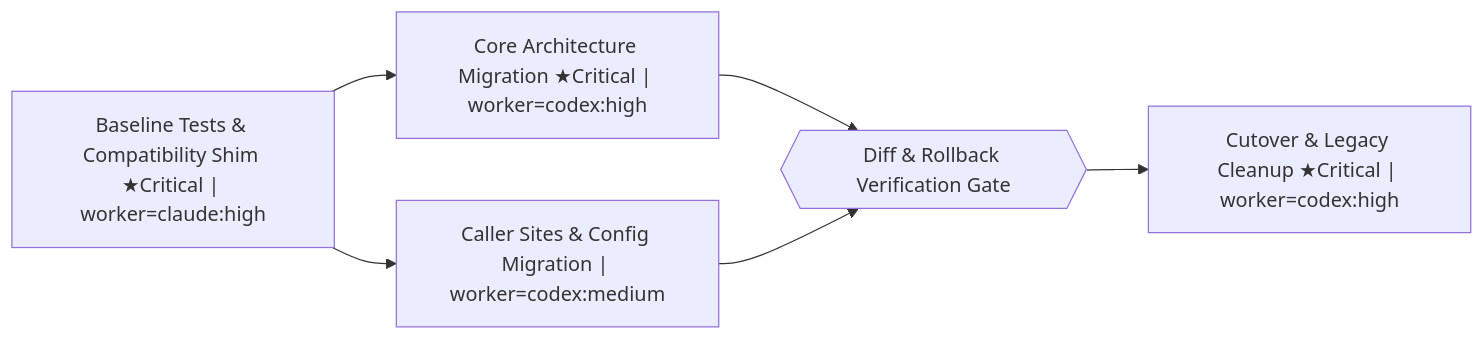
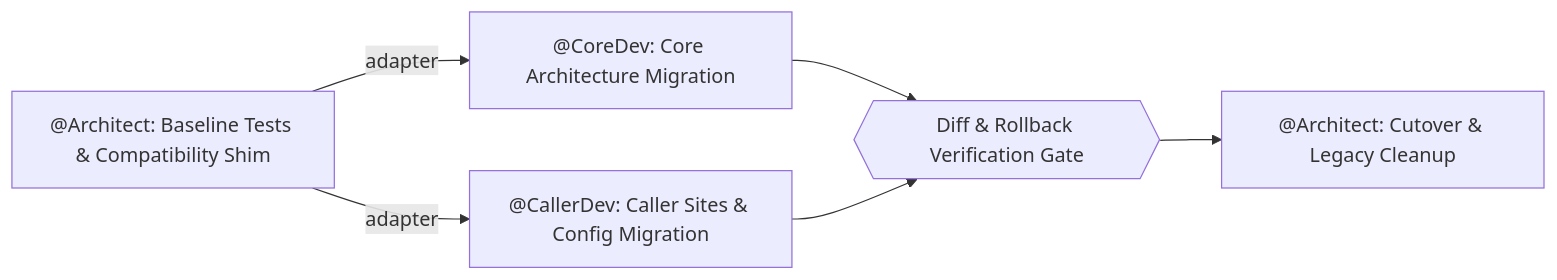
Before and after one commit to Daijunfan/Aexus-Code: the diagram in examples/blueprints/safe-migration.md, drawn with Mermaid. The commit also changed other lines of this file and 108 other files, not shown here.

````diff
--- a/examples/blueprints/safe-migration.md
+++ b/examples/blueprints/safe-migration.md
@@ -1,13 +5,8 @@
 ```mermaid
 flowchart LR
-  %% @pos N1 204,260
-  %% @pos N2 598,132
-  %% @pos N3 598,388
-  %% @pos U1 992,260
-  %% @pos N4 1386,260
-  N1["Baseline Tests & Compatibility Shim ★Critical | worker=claude:high"] --> N2["Core Architecture Migration ★Critical | worker=codex:high"]
-  N1 --> N3["Caller Sites & Config Migration | worker=codex:medium"]
+  N1["@Architect: Baseline Tests & Compatibility Shim"] -->|adapter| N2["@CoreDev: Core Architecture Migration"]
+  N1 -->|adapter| N3["@CallerDev: Caller Sites & Config Migration"]
   N2 --> U1{{"Diff & Rollback Verification Gate"}}
   N3 --> U1
-  U1 --> N4["Cutover & Legacy Cleanup ★Critical | worker=codex:high"]
+  U1 --> N4["@Architect: Cutover & Legacy Cleanup"]
 ```
````
